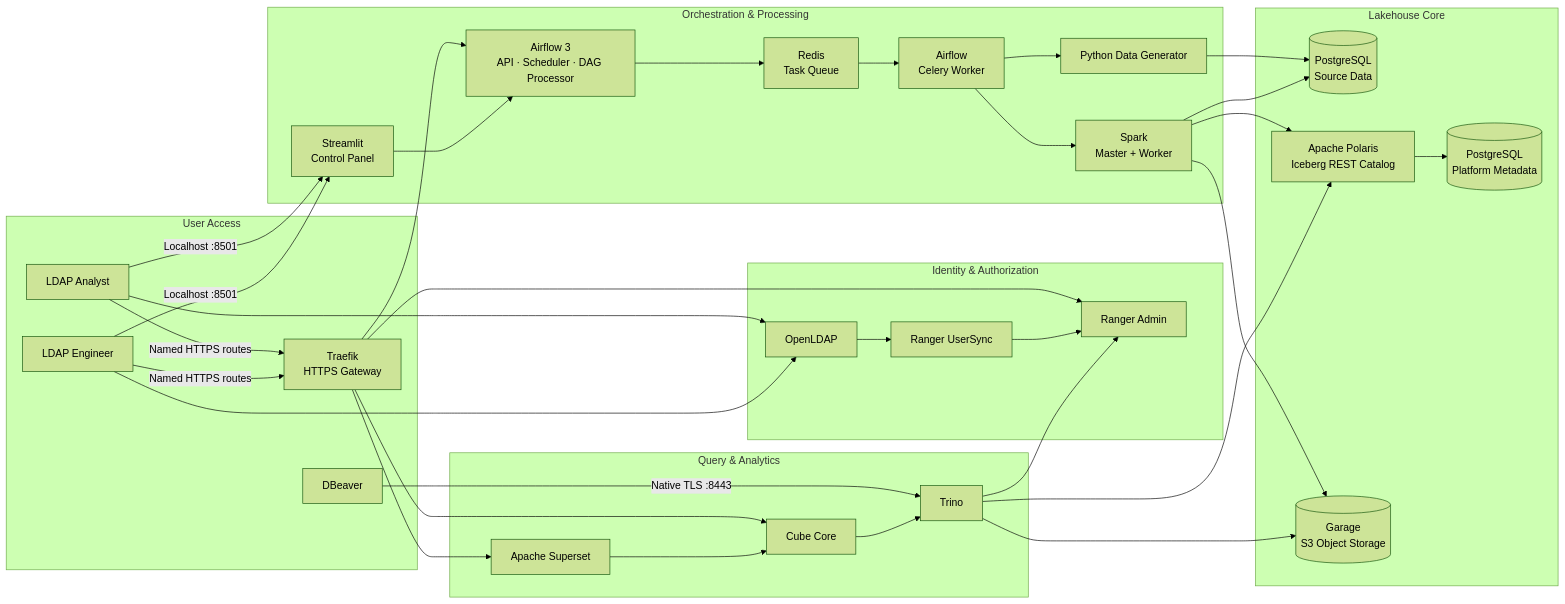
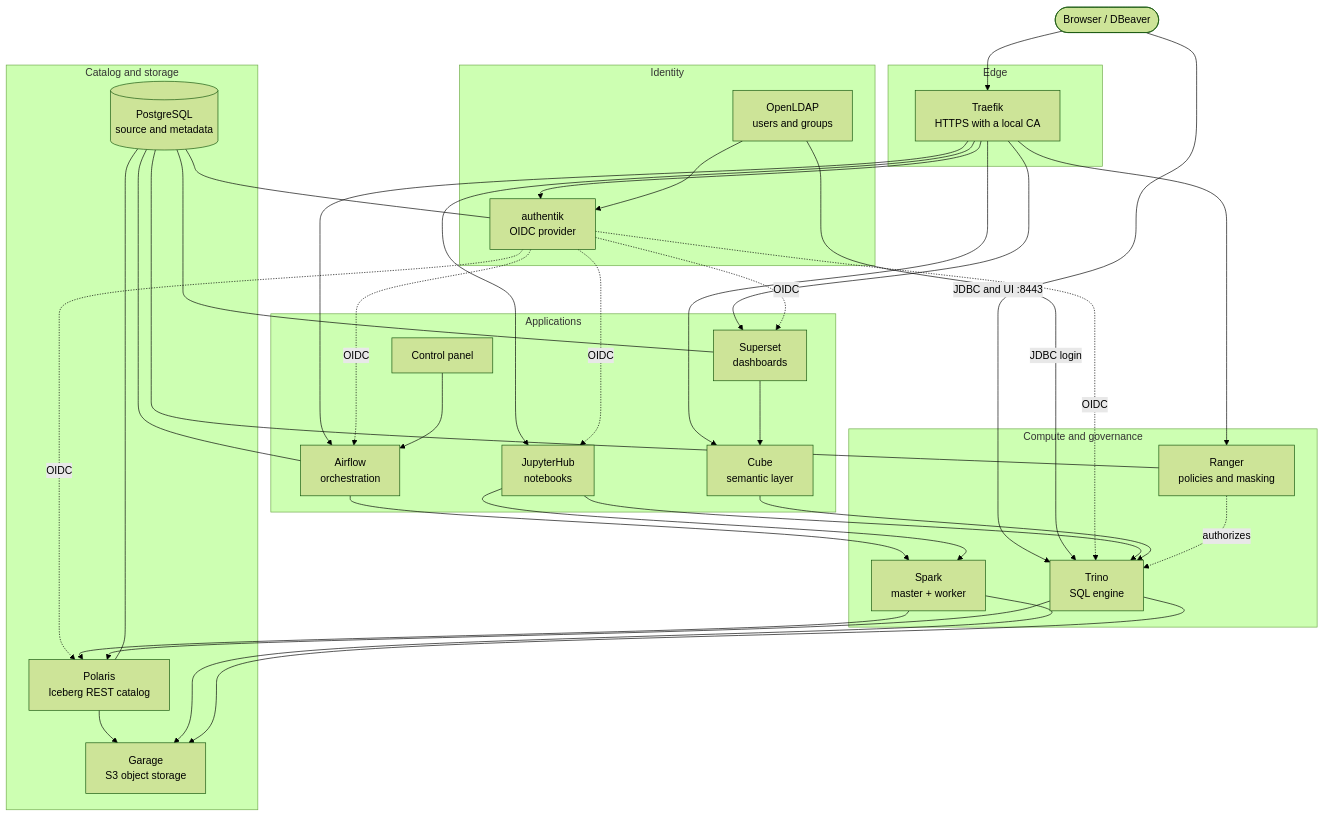
The first of 5 diagrams in README.md (AlexHilberer/On-Prem-Data-Lakehouse), drawn with Mermaid (forest theme) before and after one commit. The commit also changed other lines of this file and 10 other files, not shown here.

````diff
--- a/README.md
+++ b/README.md
@@ -8,59 +60,48 @@
 ```mermaid
-flowchart LR
-  subgraph Access["User Access"]
-    Analyst["LDAP Analyst"]
-    Engineer["LDAP Engineer"]
-    DBeaver["DBeaver"]
-    Traefik["Traefik<br/>HTTPS Gateway"]
+flowchart TB
+  User(["Browser / DBeaver"])
+
+  subgraph Edge["Edge"]
+    Traefik["Traefik<br/>HTTPS with a local CA"]
   end
 
-  subgraph Identity["Identity & Authorization"]
-    LDAP["OpenLDAP"]
-    UserSync["Ranger UserSync"]
-    Ranger["Ranger Admin"]
+  subgraph Identity["Identity"]
+    LDAP["OpenLDAP<br/>users and groups"]
+    Authentik["authentik<br/>OIDC provider"]
   end
 
-  subgraph Orchestration["Orchestration & Processing"]
-    Airflow["Airflow 3<br/>API · Scheduler · DAG Processor"]
-    Queue["Redis<br/>Task Queue"]
-    Worker["Airflow<br/>Celery Worker"]
-    Control["Streamlit<br/>Control Panel"]
-    Generator["Python Data Generator"]
-    Spark["Spark<br/>Master + Worker"]
+  subgraph Apps["Applications"]
+    Jupyter["JupyterHub<br/>notebooks"]
+    Airflow["Airflow<br/>orchestration"]
+    Superset["Superset<br/>dashboards"]
+    Cube["Cube<br/>semantic layer"]
+    Panel["Control panel"]
   end
 
-  subgraph Lakehouse["Lakehouse Core"]
-    Source[("PostgreSQL<br/>Source Data")]
-    Polaris["Apache Polaris<br/>Iceberg REST Catalog"]
-    Garage[("Garage<br/>S3 Object Storage")]
-    Metadata[("PostgreSQL<br/>Platform Metadata")]
+  subgraph Compute["Compute and governance"]
+    Spark["Spark<br/>master + worker"]
+    Trino["Trino<br/>SQL engine"]
+    Ranger["Ranger<br/>policies and masking"]
   end
 
-  subgraph Analytics["Query & Analytics"]
-    Trino["Trino"]
-    Cube["Cube Core"]
-    Superset["Apache Superset"]
+  subgraph Data["Catalog and storage"]
+    Polaris["Polaris<br/>Iceberg REST catalog"]
+    Garage["Garage<br/>S3 object storage"]
+    Postgres[("PostgreSQL<br/>source and metadata")]
   end
 
-  Analyst & Engineer -->|Named HTTPS routes| Traefik
-  Traefik --> Airflow
-  Traefik --> Ranger
-  Traefik --> Cube
-  Traefik --> Superset
-  Analyst & Engineer --> LDAP
-  Analyst & Engineer -->|Localhost :8501| Control
-  DBeaver -->|Native TLS :8443| Trino
-  Control --> Airflow
-  LDAP --> UserSync --> Ranger
-  Airflow --> Queue --> Worker
-  Worker --> Generator --> Source
-  Worker --> Spark
-  Spark --> Source
-  Spark --> Polaris
-  Spark --> Garage
-  Polaris --> Metadata
-  Trino --> Ranger
-  Trino --> Polaris
-  Trino --> Garage
+  User --> Traefik
+  Traefik --> Jupyter & Airflow & Superset & Authentik & Cube & Ranger
+  User -->|"JDBC and UI :8443"| Trino
+  LDAP --> Authentik
+  LDAP -->|"JDBC login"| Trino
+  Authentik -. OIDC .-> Jupyter & Airflow & Superset & Trino & Polaris
+  Panel --> Airflow --> Spark
+  Jupyter --> Spark & Trino
   Superset --> Cube --> Trino
+  Ranger -. authorizes .-> Trino
+  Spark & Trino --> Polaris
+  Polaris --> Garage
+  Spark & Trino --> Garage
+  Postgres --- Polaris & Airflow & Authentik & Superset & Ranger
 ```
````
